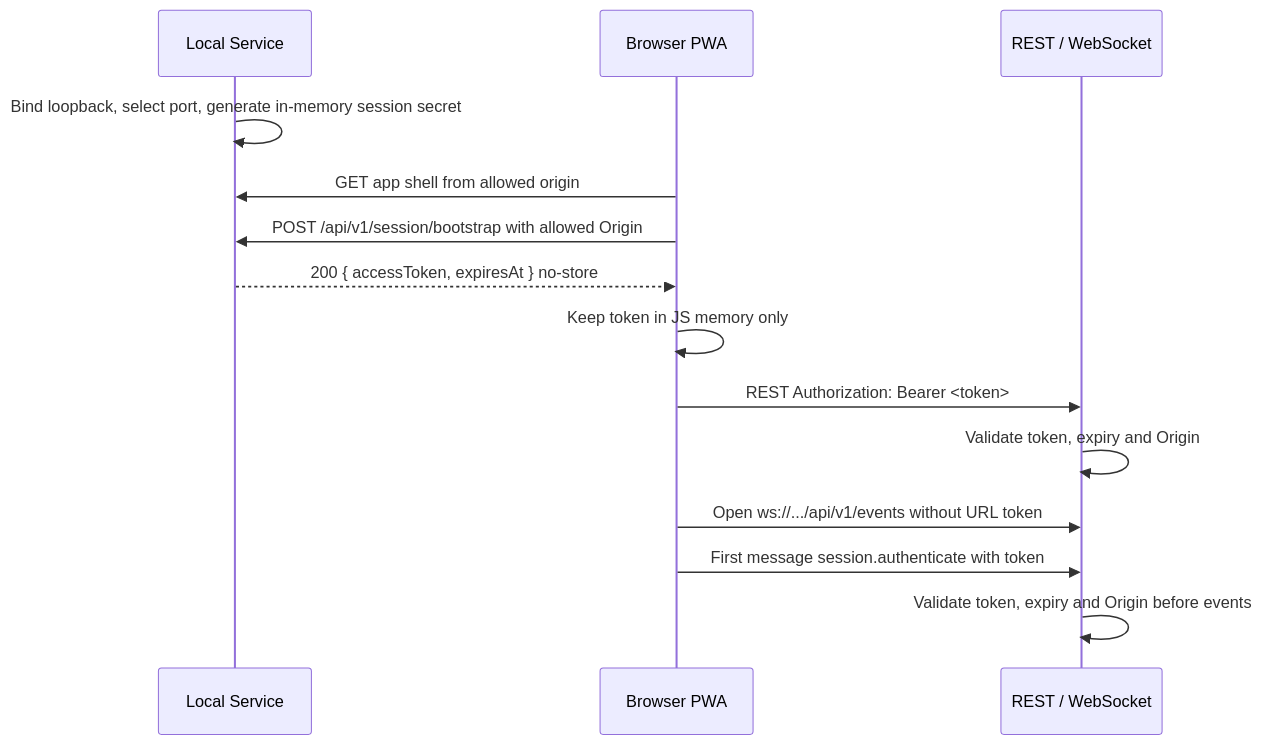
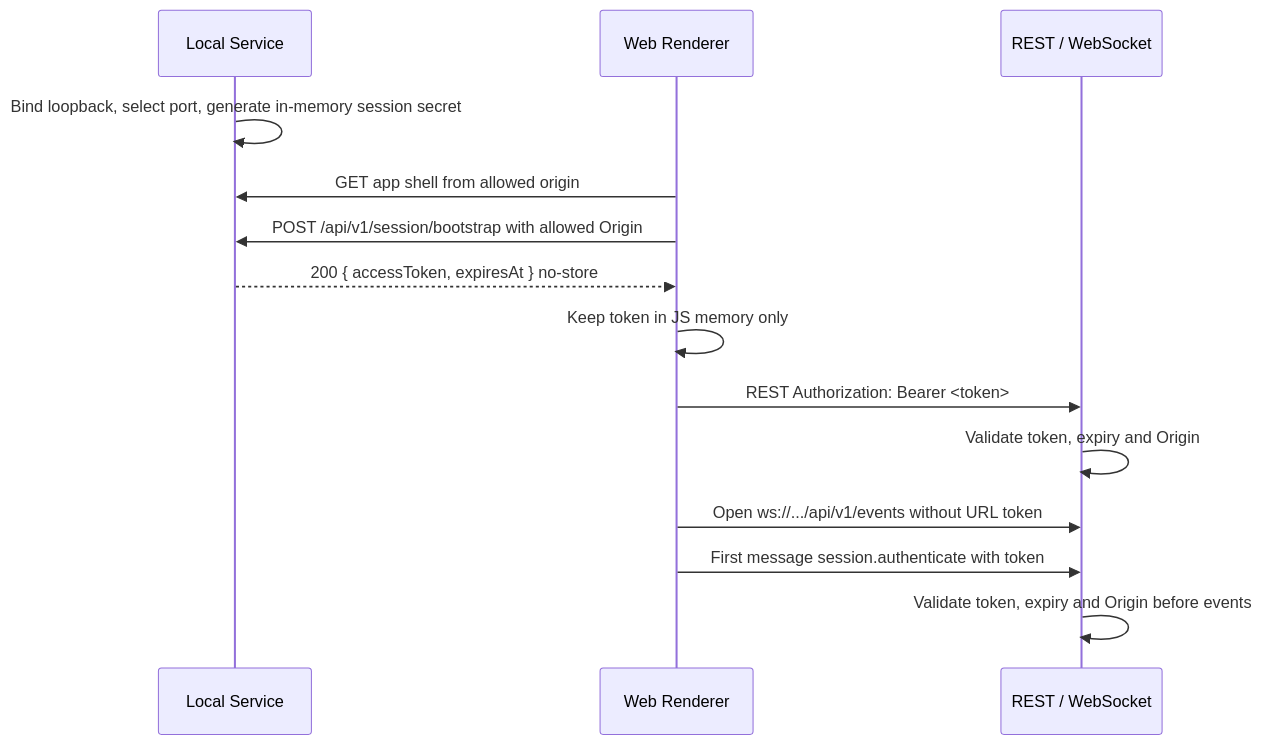
Before and after one commit to komochi007/koradio: the diagram in docs/adr/0002-runtime-topology.md, drawn with Mermaid. The commit also changed other lines of this file and 3 other files, not shown here.

````diff
--- a/docs/adr/0002-runtime-topology.md
+++ b/docs/adr/0002-runtime-topology.md
@@ -110,16 +112,16 @@
 ```mermaid
 sequenceDiagram
     participant S as Local Service
-    participant B as Browser PWA
+    participant B as Web Renderer
     participant A as REST / WebSocket
     S->>S: Bind loopback, select port, generate in-memory session secret
     B->>S: GET app shell from allowed origin
     B->>S: POST /api/v1/session/bootstrap with allowed Origin
     S-->>B: 200 { accessToken, expiresAt } no-store
     B->>B: Keep token in JS memory only
     B->>A: REST Authorization: Bearer <token>
     A->>A: Validate token, expiry and Origin
     B->>A: Open ws://.../api/v1/events without URL token
     B->>A: First message session.authenticate with token
     A->>A: Validate token, expiry and Origin before events
 ```
````
